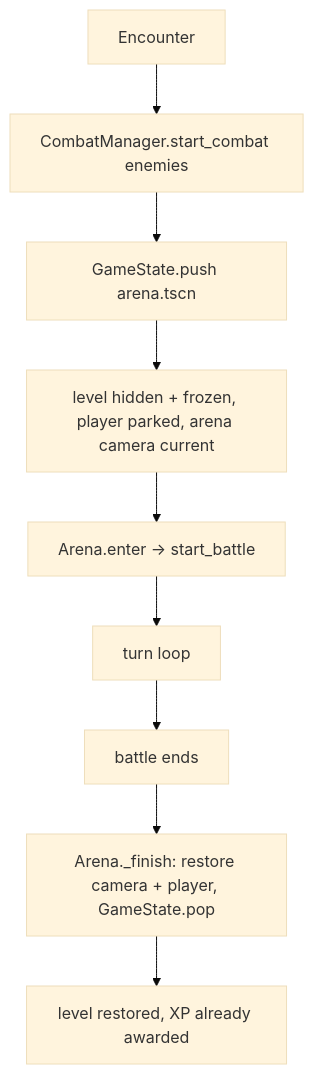
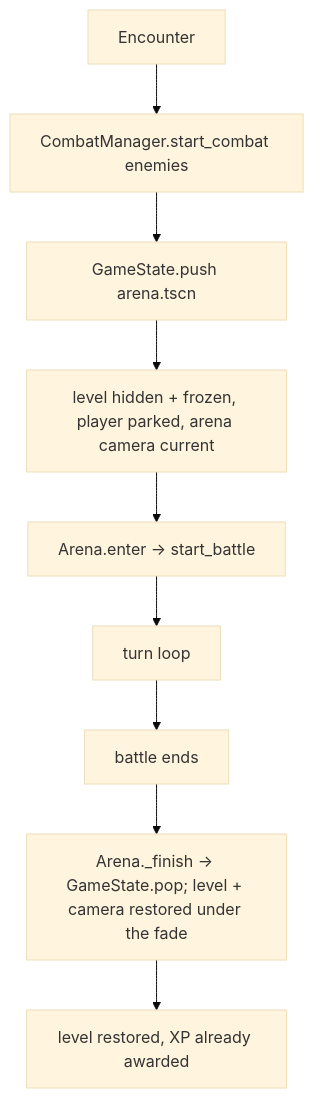
The first of 2 diagrams in doc/combat.md (Team-Filtert/NeuroGEF), drawn with Mermaid (base theme) before and after one commit. The commit also changed other lines of this file and 23 other files, not shown here.

````diff
--- a/doc/combat.md
+++ b/doc/combat.md
@@ -14,11 +14,11 @@
 ```mermaid
 flowchart TD
     A[Encounter] --> B[CombatManager.start_combat enemies]
     B --> C[GameState.push arena.tscn]
     C --> D[level hidden + frozen, player parked, arena camera current]
     D --> E[Arena.enter -> start_battle]
     E --> F[turn loop]
     F --> G[battle ends]
-    G --> H[Arena._finish: restore camera + player, GameState.pop]
+    G --> H[Arena._finish -> GameState.pop; level + camera restored under the fade]
     H --> I[level restored, XP already awarded]
 ```
````
